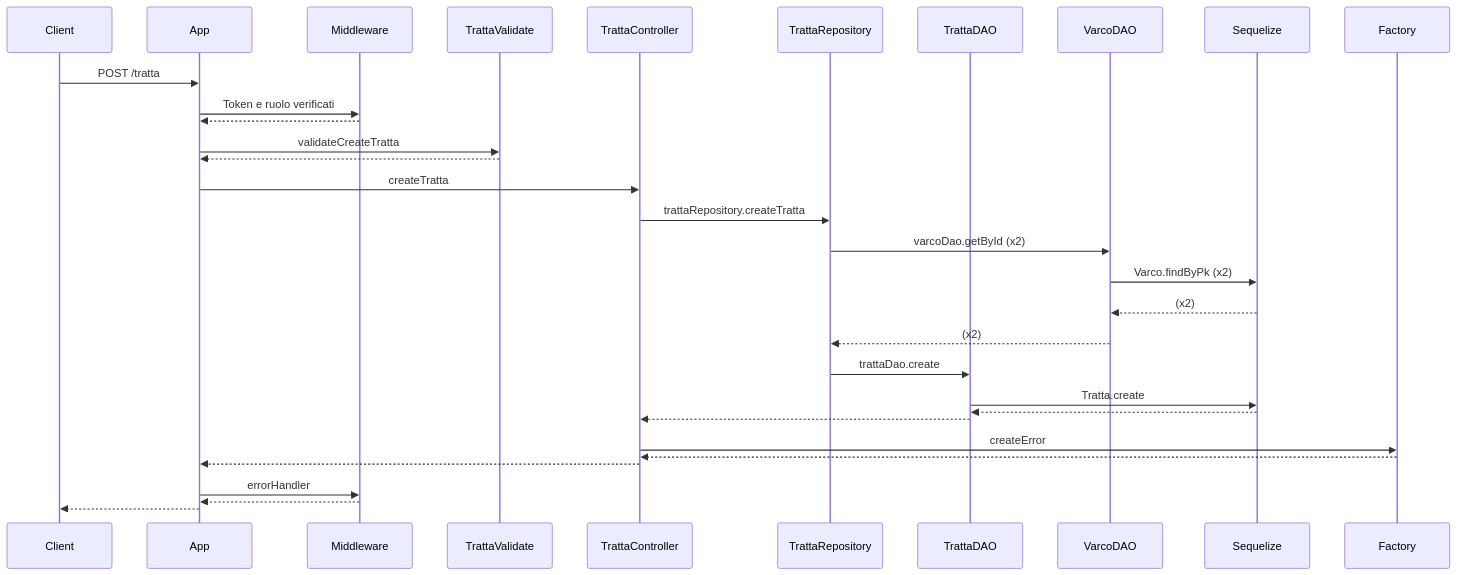
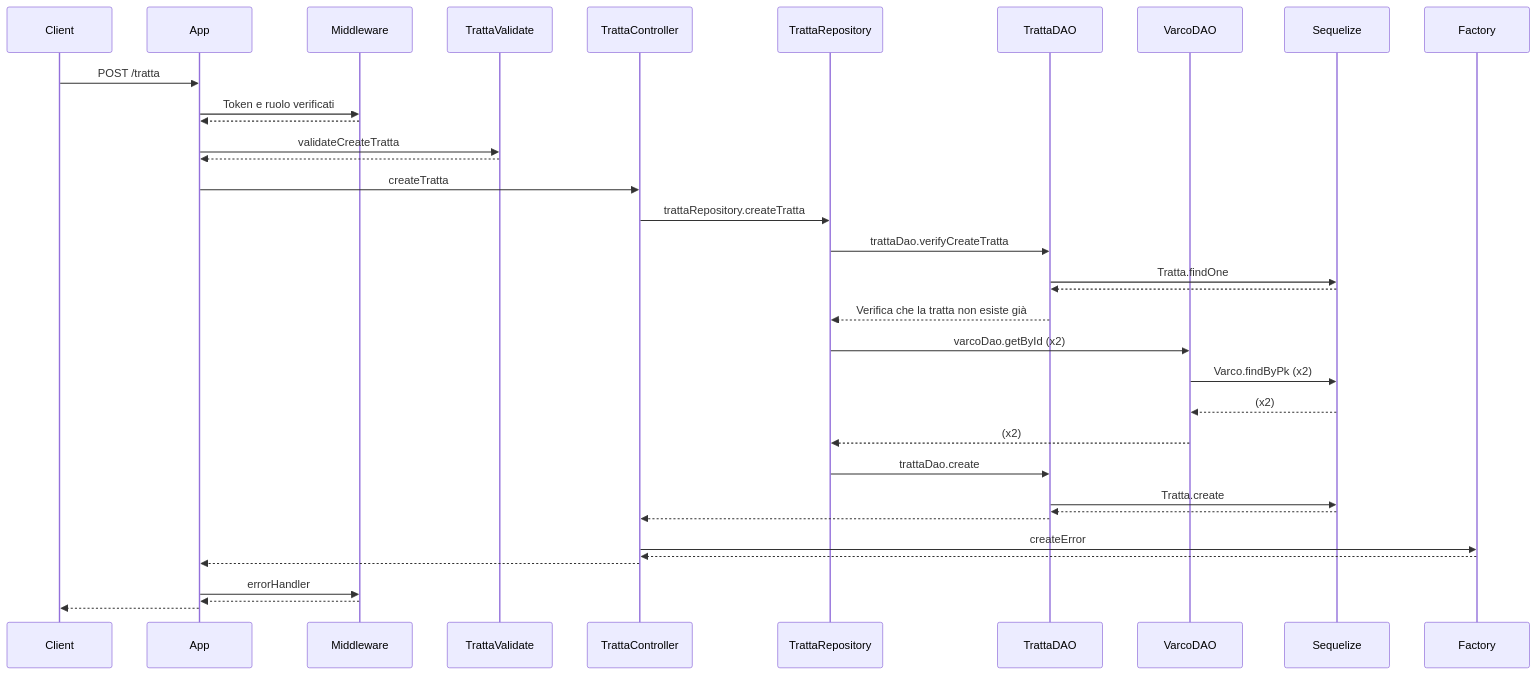
Before and after one commit to MattSona99/ProgettoPA: the seventh of 14 diagrams in README.md, drawn with Mermaid. The commit also changed other lines of this file, not shown here.

````diff
--- a/README.md
+++ b/README.md
@@ -396,35 +401,39 @@
 ```mermaid
 sequenceDiagram
   participant C as Client
   participant A as App
   participant M as Middleware
   participant V as TrattaValidate
   participant CN as TrattaController
   participant R as TrattaRepository
   participant TD as TrattaDAO
   participant VD as VarcoDAO
   participant S as Sequelize
   participant F as Factory
 
   C ->> A: POST /tratta
   A ->> M: Token e ruolo verificati
   M -->> A: 
   A ->> V: validateCreateTratta
   V -->> A: 
   A ->> CN: createTratta
   CN ->> R: trattaRepository.createTratta
+  R ->> TD: trattaDao.verifyCreateTratta
+  TD ->> S: Tratta.findOne
+  S -->> TD:
+  TD -->> R: Verifica che la tratta non esiste già
   R ->> VD: varcoDao.getById (x2)
   VD ->> S: Varco.findByPk (x2)
   S -->> VD: (x2)
   VD -->> R: (x2)
   R ->> TD: trattaDao.create
   TD ->> S: Tratta.create
   S -->> TD: 
   TD -->> CN: 
   CN ->> F: createError
   F -->> CN: 
   CN -->> A: 
   A ->> M: errorHandler
   M -->> A: 
   A -->> C: 
 ```
````
